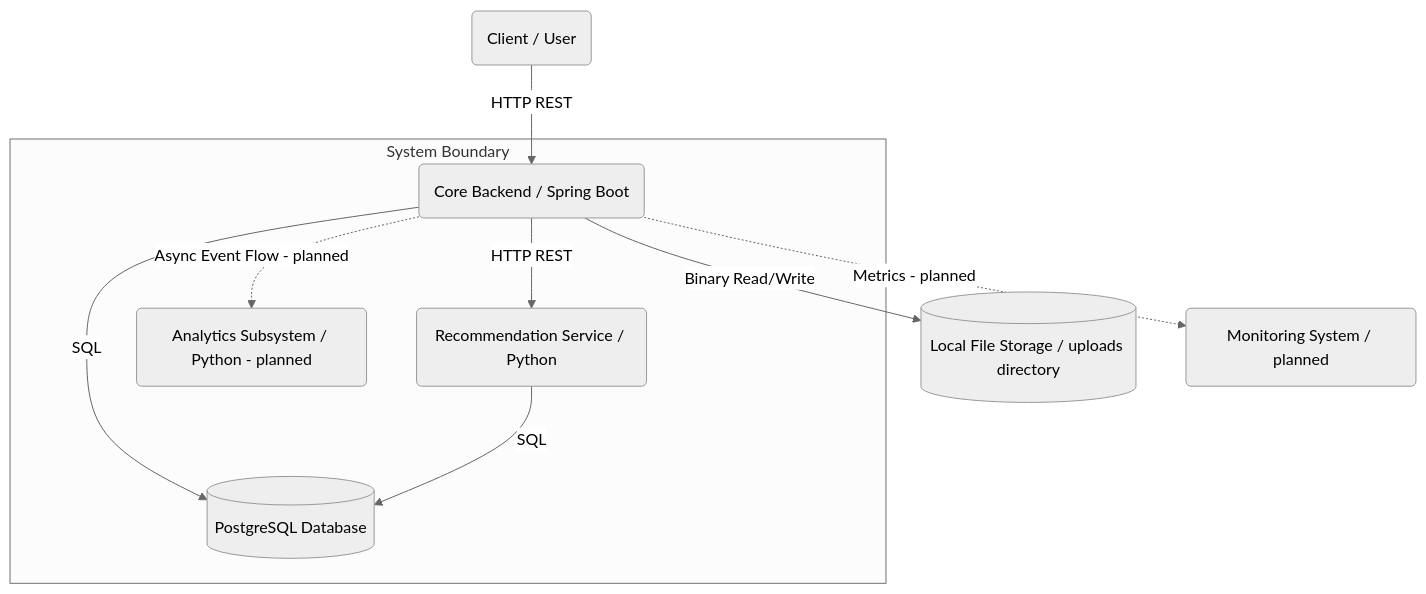
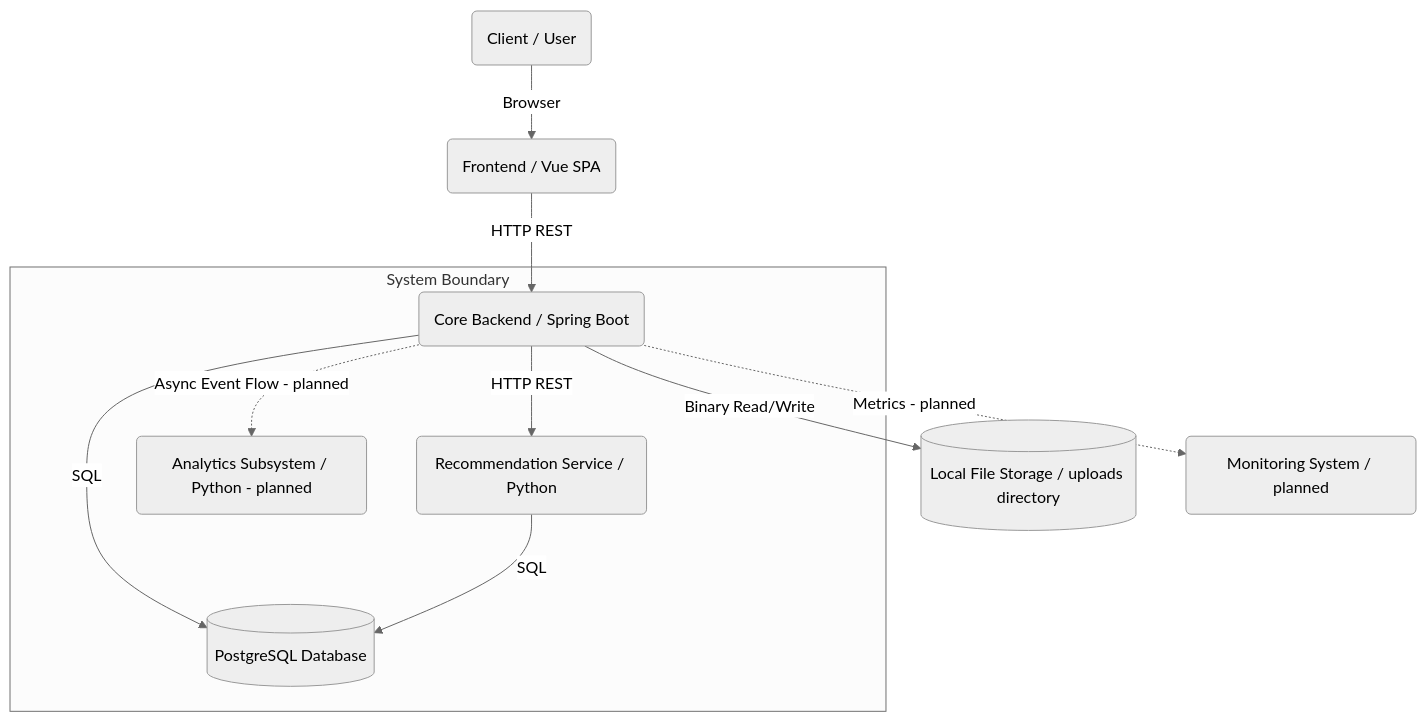
One commit to ferigeek/sarv changed the diagram in docs/docs/en/3-Architecture.md. Above: the diagram before and after it, drawn with Mermaid (neutral theme). The commit also changed other lines of this file and 12 other files, not shown here.

````diff
--- a/docs/docs/en/3-Architecture.md
+++ b/docs/docs/en/3-Architecture.md
@@ -20,22 +20,24 @@
 ```mermaid
 graph TD
     Client(Client / User)
+    Frontend(Frontend / Vue SPA)
     LocalFileStorage[(Local File Storage / uploads directory)]
     Monitoring(Monitoring System / planned)
 
     subgraph System Boundary
         Backend(Core Backend / Spring Boot)
         Recommender(Recommendation Service / Python)
         Analytics(Analytics Subsystem / Python - planned)
         Postgres[(PostgreSQL Database)]
     end
 
-    Client -- HTTP REST --> Backend
+    Client -- Browser --> Frontend
+    Frontend -- HTTP REST --> Backend
     Backend -- SQL --> Postgres
     Backend -- Binary Read/Write --> LocalFileStorage
     Recommender -- SQL --> Postgres
 
     Backend -- HTTP REST --> Recommender
     Backend -. Async Event Flow - planned .-> Analytics
     Backend -. Metrics - planned .-> Monitoring
 ```
````
